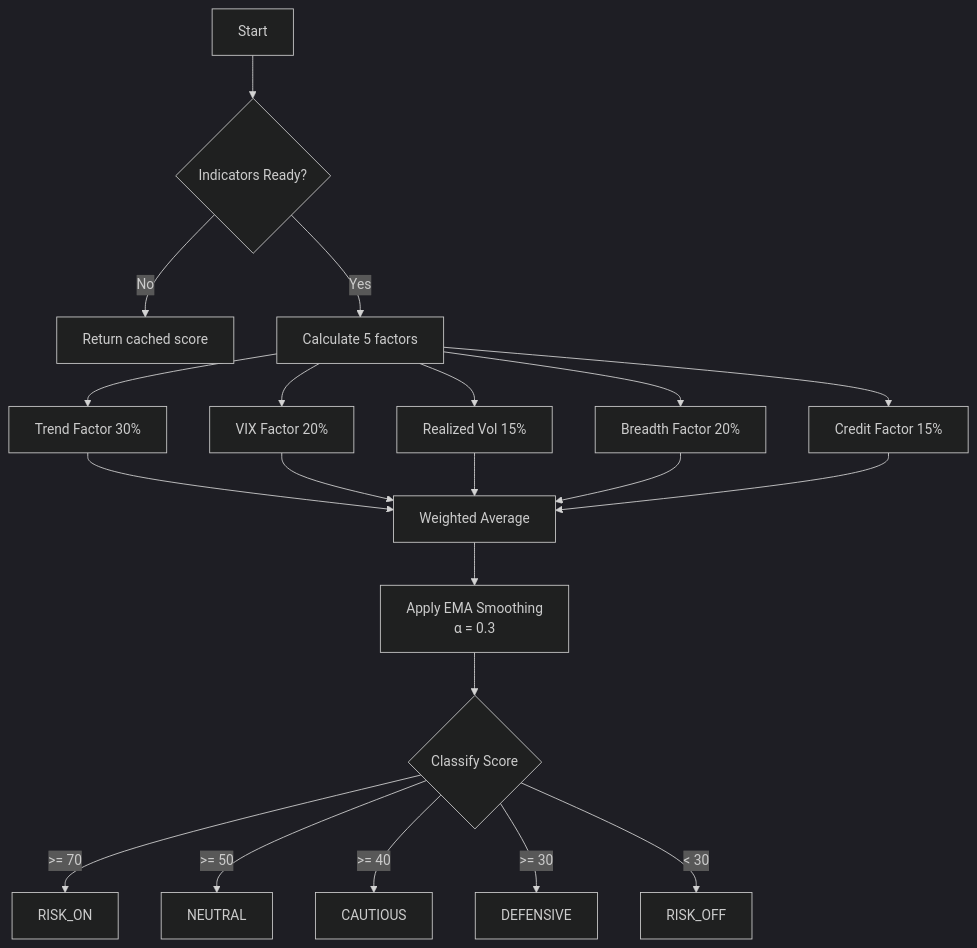
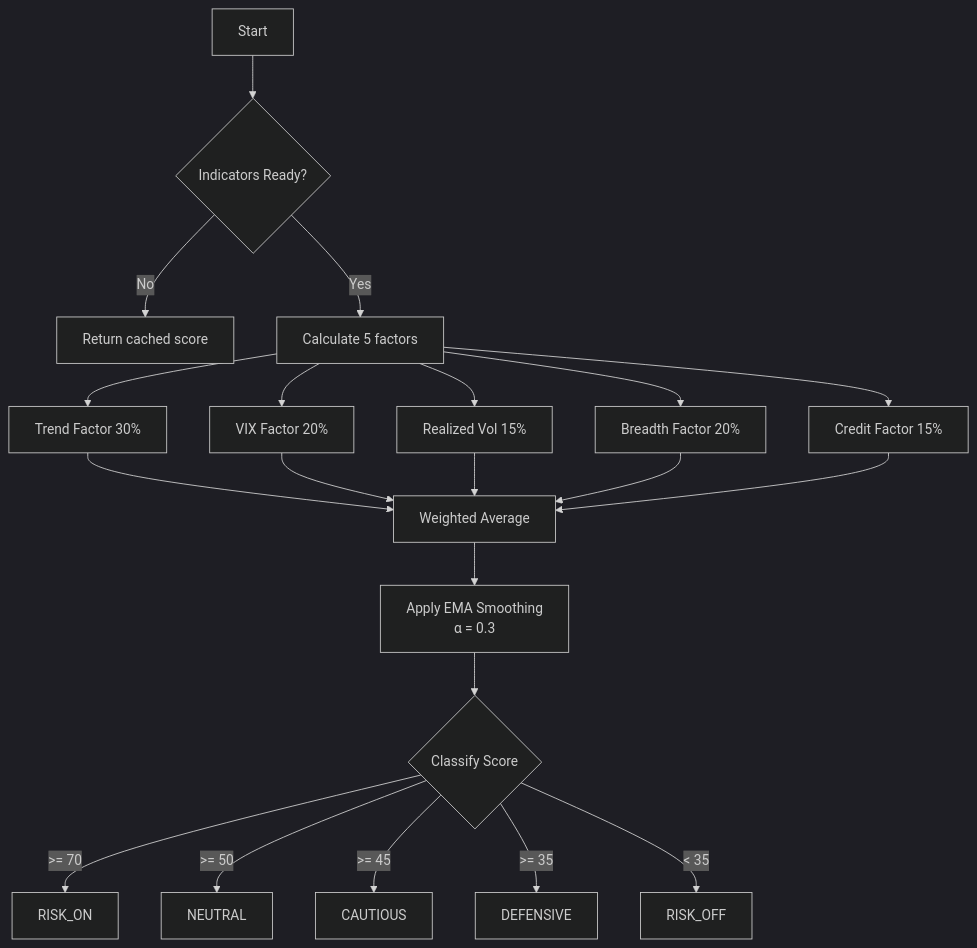
Before and after one commit to vickdavinci/alpha-nextgen-v2-private: the second of 13 diagrams in docs/system/ENGINE_LOGIC_REFERENCE.md, drawn with Mermaid (dark theme). The commit also changed other lines of this file and 16 other files, not shown here.

````diff
--- a/docs/system/ENGINE_LOGIC_REFERENCE.md
+++ b/docs/system/ENGINE_LOGIC_REFERENCE.md
@@ -112,27 +112,27 @@
 ```mermaid
 flowchart TD
     START[Start] --> CHECK{Indicators Ready?}
     CHECK -->|No| WAIT[Return cached score]
     CHECK -->|Yes| CALC[Calculate 5 factors]
 
     CALC --> F1[Trend Factor 30%]
     CALC --> F2[VIX Factor 20%]
     CALC --> F3[Realized Vol 15%]
     CALC --> F4[Breadth Factor 20%]
     CALC --> F5[Credit Factor 15%]
 
     F1 --> AGG[Weighted Average]
     F2 --> AGG
     F3 --> AGG
     F4 --> AGG
     F5 --> AGG
 
     AGG --> SMOOTH[Apply EMA Smoothing<br/>α = 0.3]
     SMOOTH --> CLASS{Classify Score}
 
     CLASS -->|>= 70| RISKON[RISK_ON]
     CLASS -->|>= 50| NEUTRAL[NEUTRAL]
-    CLASS -->|>= 40| CAUTIOUS[CAUTIOUS]
-    CLASS -->|>= 30| DEFENSIVE[DEFENSIVE]
-    CLASS -->|< 30| RISKOFF[RISK_OFF]
+    CLASS -->|>= 45| CAUTIOUS[CAUTIOUS]
+    CLASS -->|>= 35| DEFENSIVE[DEFENSIVE]
+    CLASS -->|< 35| RISKOFF[RISK_OFF]
 ```
````
